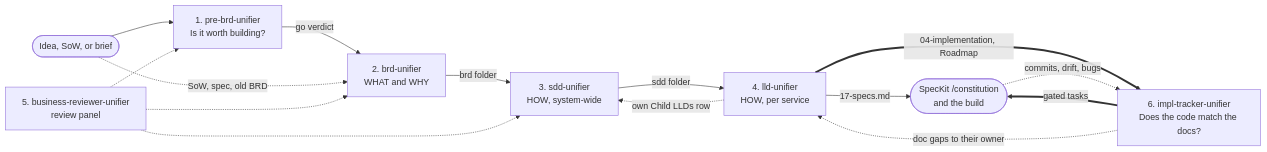
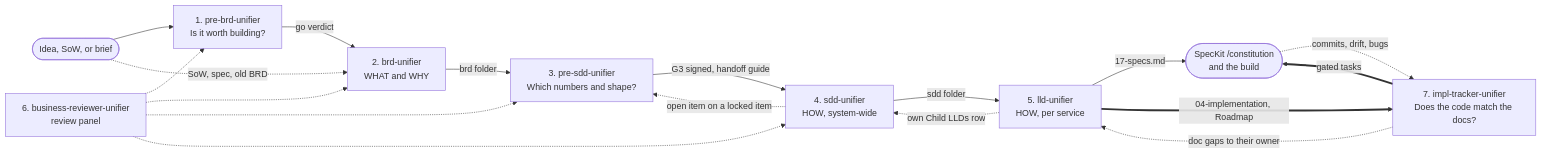
The first of 8 diagrams in README.md (mhshahin01/builders-skills), drawn with Mermaid before and after one commit. The commit also changed other lines of this file and 5 other files, not shown here.

First line of the commit message:
docs: add Pre-SDD to the README and renumber the stages

````diff
--- a/README.md
+++ b/README.md
@@ -19,17 +19,20 @@
 ```mermaid
 flowchart LR
     idea(["Idea, SoW, or brief"]) --> pre["1. pre-brd-unifier<br/>Is it worth building?"]
     pre -->|"go verdict"| brd["2. brd-unifier<br/>WHAT and WHY"]
     idea -.->|"SoW, spec, old BRD"| brd
-    brd -->|"brd folder"| sdd["3. sdd-unifier<br/>HOW, system-wide"]
-    sdd -->|"sdd folder"| lld["4. lld-unifier<br/>HOW, per service"]
+    brd -->|"brd folder"| psdd["3. pre-sdd-unifier<br/>Which numbers and shape?"]
+    psdd -->|"G3 signed, handoff guide"| sdd["4. sdd-unifier<br/>HOW, system-wide"]
+    sdd -.->|"open item on a locked item"| psdd
+    sdd -->|"sdd folder"| lld["5. lld-unifier<br/>HOW, per service"]
     lld -->|"17-specs.md"| build(["SpecKit /constitution<br/>and the build"])
     lld -.->|"own Child LLDs row"| sdd
-    lld ==>|"04-implementation, Roadmap"| trk["6. impl-tracker-unifier<br/>Does the code match the docs?"]
+    lld ==>|"04-implementation, Roadmap"| trk["7. impl-tracker-unifier<br/>Does the code match the docs?"]
     trk ==>|"gated tasks"| build
     build -.->|"commits, drift, bugs"| trk
     trk -.->|"doc gaps to their owner"| lld
-    rev["5. business-reviewer-unifier<br/>review panel"] -.-> pre
+    rev["6. business-reviewer-unifier<br/>review panel"] -.-> pre
     rev -.-> brd
+    rev -.-> psdd
     rev -.-> sdd
 ```
````
